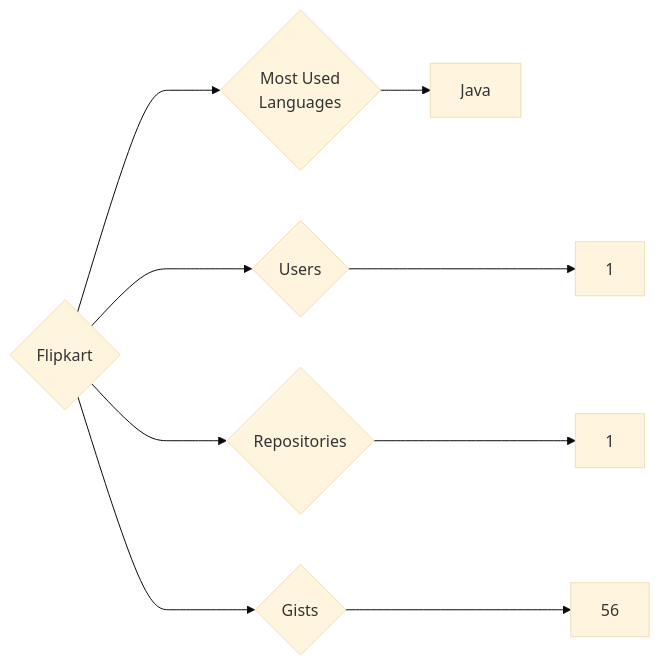
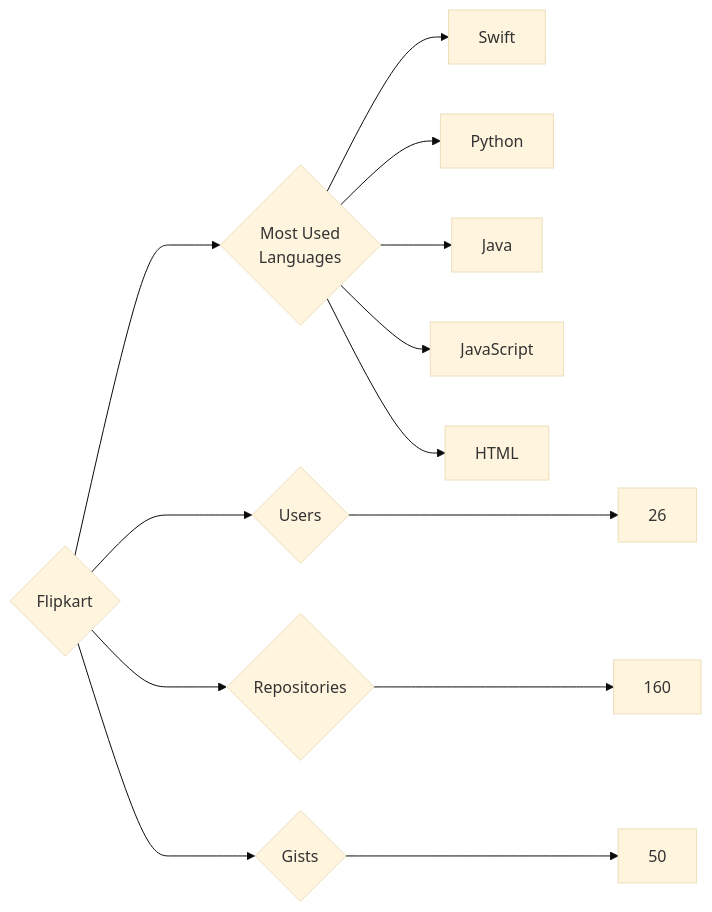
The diagram in targets/Flipkart/README.md (trickest/insiders), drawn with Mermaid (base theme) before and after one commit. The commit also changed 569 other files, not shown here.

````diff
--- a/targets/Flipkart/README.md
+++ b/targets/Flipkart/README.md
@@ -3,9 +3,13 @@
 ```mermaid
 graph LR
 COMPANY_NAME{Flipkart}
-COMPANY_NAME ---> U{Users} ---> UN[1]
-COMPANY_NAME ---> R{Repositories} ---> RN[1]
-COMPANY_NAME ---> G{Gists} ---> GN[56]
+COMPANY_NAME ---> U{Users} ---> UN[26]
+COMPANY_NAME ---> R{Repositories} ---> RN[160]
+COMPANY_NAME ---> G{Gists} ---> GN[50]
 COMPANY_NAME ---> ML{Most Used<br>Languages}
+ML --> Swift[Swift]
+ML --> Python[Python]
 ML --> Java[Java]
+ML --> JavaScript[JavaScript]
+ML --> HTML[HTML]
 ```
````
